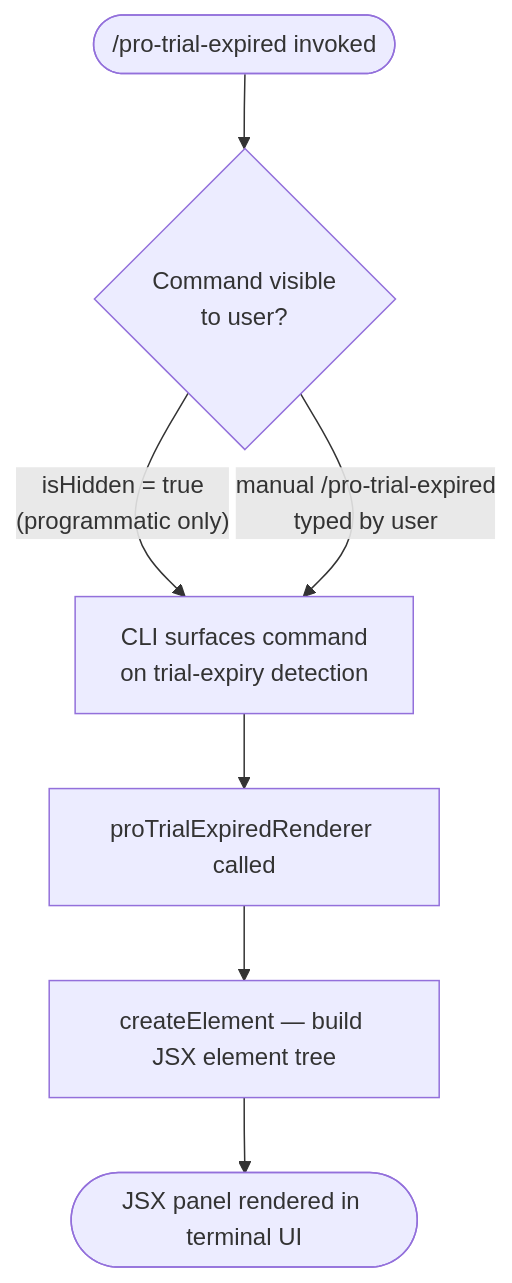
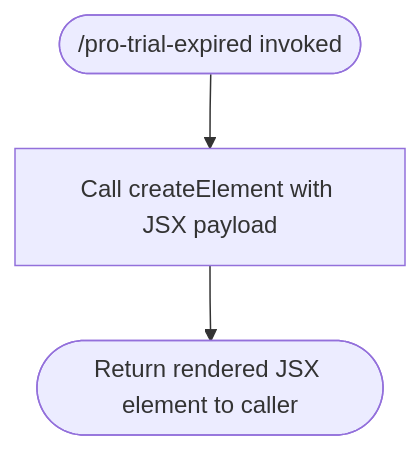
Before and after one commit to MyLittleLuckyDog/cc-gnothi: the diagram in versions/v2.1.143/pro-trial-expired.md, drawn with Mermaid. The commit also changed other lines of this file and 87 other files, not shown here.

````diff
--- a/versions/v2.1.143/pro-trial-expired.md
+++ b/versions/v2.1.143/pro-trial-expired.md
@@ -47,9 +46,5 @@
 ```mermaid
 flowchart TD
-    A(["/pro-trial-expired invoked"]) --> B{Command visible\nto user?}
-    B -- "isHidden = true\n(programmatic only)" --> C[CLI surfaces command\non trial-expiry detection]
-    B -- "manual /pro-trial-expired\ntyped by user" --> C
-    C --> D[proTrialExpiredRenderer called]
-    D --> E[createElement — build JSX element tree]
-    E --> F([JSX panel rendered in terminal UI])
+    A(["/pro-trial-expired invoked"]) --> B[Call createElement with JSX payload]
+    B --> C([Return rendered JSX element to caller])
 ```
````
